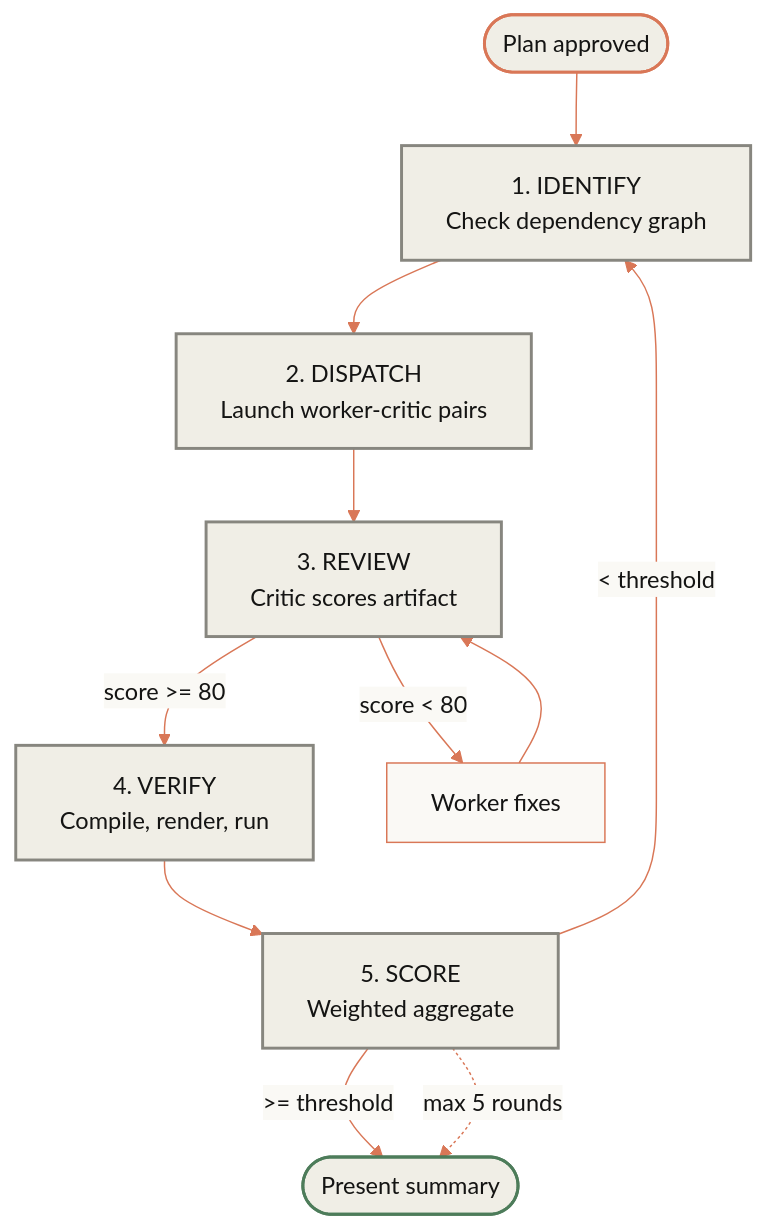
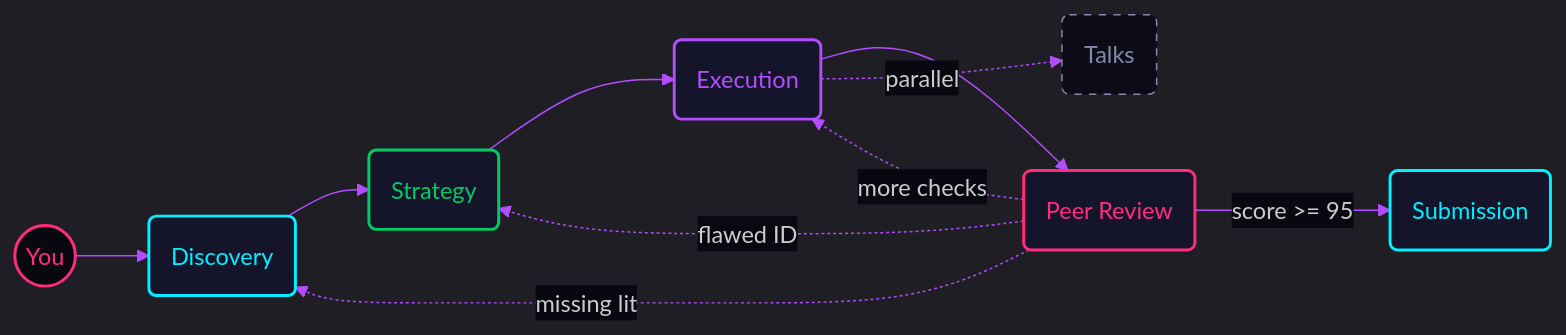
The first of 4 diagrams in guide/architecture.qmd (etorresram/clo-author), drawn with Mermaid before and after one commit. The commit also changed other lines of this file and 189 other files, not shown here.

````diff
--- a/guide/architecture.qmd
+++ b/guide/architecture.qmd
@@ -114,19 +18,29 @@
 ```{mermaid}
-%%{init: {'theme': 'base', 'themeVariables': {'primaryColor': '#f0eee6', 'primaryTextColor': '#141413', 'primaryBorderColor': '#d1cfc5', 'lineColor': '#d97757', 'secondaryColor': '#faf9f5', 'tertiaryColor': '#e6e3da', 'edgeLabelBackground': '#faf9f5', 'clusterBkg': '#f0eee6', 'clusterBorder': '#d1cfc5'}}}%%
-flowchart TD
-    START([Plan approved]):::start --> ID
-    ID[1. IDENTIFY\nCheck dependency graph]:::step --> DISP[2. DISPATCH\nLaunch worker-critic pairs]:::step
-    DISP --> REV[3. REVIEW\nCritic scores artifact]:::step
-    REV -->|score >= 80| VER[4. VERIFY\nCompile, render, run]:::step
-    REV -->|score < 80| FIX[Worker fixes]:::worker
-    FIX --> REV
-    VER --> SC[5. SCORE\nWeighted aggregate]:::step
-    SC -->|>= threshold| DONE([Present summary]):::approved
-    SC -->|< threshold| ID
-    SC -.->|max 5 rounds| DONE
+%%{init: {'theme': 'dark', 'themeVariables': {'primaryColor': '#1a1a36', 'primaryTextColor': '#00f0ff', 'primaryBorderColor': '#00f0ff', 'lineColor': '#b44dff', 'secondaryColor': '#14142a', 'tertiaryColor': '#080810', 'edgeLabelBackground': '#080810', 'clusterBkg': '#0c0c18', 'clusterBorder': '#1e1e35'}}}%%
+flowchart LR
+    YOU:::start --> D:::phase1
+    D --> S:::phase2
+    S --> E:::phase3
+    E --> R:::phase4
+    R -->|score >= 95| SUB:::phase5
+    R -.->|missing lit| D
+    R -.->|flawed ID| S
+    R -.->|more checks| E
+    E -.->|parallel| T:::talks
 
-    classDef start fill:#f0eee6,stroke:#d97757,color:#141413,stroke-width:2px
-    classDef step fill:#f0eee6,stroke:#87867f,color:#141413,stroke-width:2px
-    classDef worker fill:#faf9f5,stroke:#d97757,color:#141413,stroke-width:1px
-    classDef approved fill:#f0eee6,stroke:#4d7c5a,color:#141413,stroke-width:2px
+    YOU((You))
+    D(Discovery)
+    S(Strategy)
+    E(Execution)
+    R(Peer Review)
+    SUB(Submission)
+    T(Talks)
+
+    classDef start fill:#080810,stroke:#ff2d7b,color:#ff2d7b,stroke-width:2px
+    classDef phase1 fill:#14142a,stroke:#00f0ff,color:#00f0ff,stroke-width:2px
+    classDef phase2 fill:#14142a,stroke:#00cc66,color:#00cc66,stroke-width:2px
+    classDef phase3 fill:#14142a,stroke:#b44dff,color:#b44dff,stroke-width:2px
+    classDef phase4 fill:#14142a,stroke:#ff2d7b,color:#ff2d7b,stroke-width:2px
+    classDef phase5 fill:#14142a,stroke:#00f0ff,color:#00f0ff,stroke-width:2px
+    classDef talks fill:#0c0c18,stroke:#8888a8,color:#8888a8,stroke-width:1px,stroke-dasharray: 5 5
 ```
````
